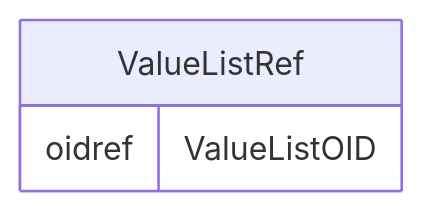
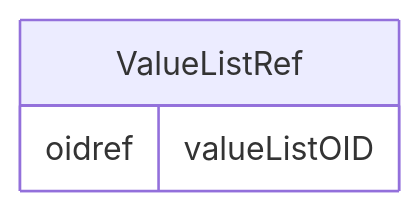
Before and after one commit to cdisc-org/DataExchange-ODM-LinkML: the diagram in docs/ValueListRef.md, drawn with Mermaid. The commit also changed other lines of this file and 759 other files, not shown here.

````diff
--- a/docs/ValueListRef.md
+++ b/docs/ValueListRef.md
@@ -11,9 +11,9 @@
 ```mermaid
 erDiagram
 ValueListRef {
-    oidref ValueListOID  
+    oidref valueListOID  
 }
 
 
 
 ```
````
